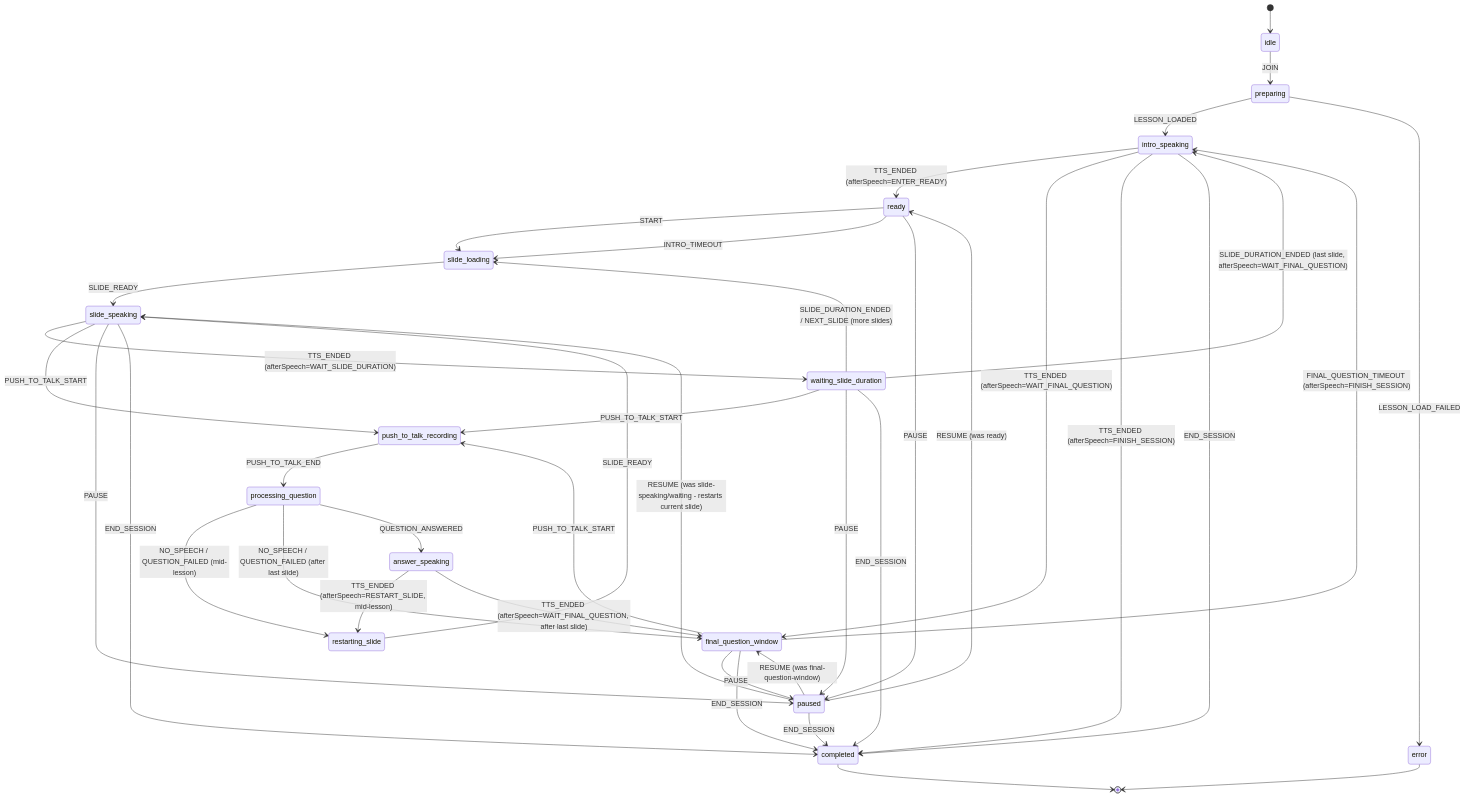
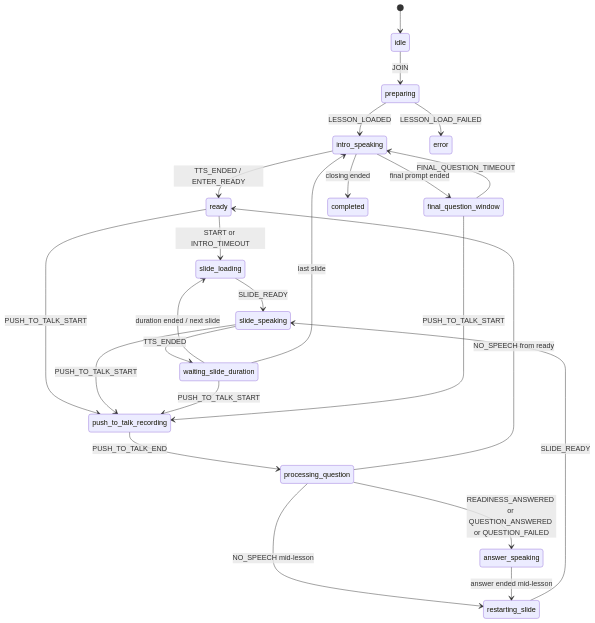
The diagram in frontend/docs/STATE_MACHINE.md (Sathaporn24/sb_supportroom), drawn with Mermaid before and after one commit. The commit also changed other lines of this file and 27 other files, not shown here.

````diff
--- a/frontend/docs/STATE_MACHINE.md
+++ b/frontend/docs/STATE_MACHINE.md
@@ -29,50 +13,30 @@
 ```mermaid
 stateDiagram-v2
     [*] --> idle
     idle --> preparing: JOIN
     preparing --> intro_speaking: LESSON_LOADED
     preparing --> error: LESSON_LOAD_FAILED
+    intro_speaking --> ready: TTS_ENDED / ENTER_READY
 
-    intro_speaking --> ready: TTS_ENDED (afterSpeech=ENTER_READY)
-    ready --> slide_loading: START
-    ready --> slide_loading: INTRO_TIMEOUT
+    ready --> slide_loading: START or INTRO_TIMEOUT
+    ready --> push_to_talk_recording: PUSH_TO_TALK_START
+    push_to_talk_recording --> processing_question: PUSH_TO_TALK_END
+    processing_question --> answer_speaking: READINESS_ANSWERED or QUESTION_ANSWERED or QUESTION_FAILED
+    processing_question --> ready: NO_SPEECH from ready
 
     slide_loading --> slide_speaking: SLIDE_READY
-    slide_speaking --> waiting_slide_duration: TTS_ENDED (afterSpeech=WAIT_SLIDE_DURATION)
-    waiting_slide_duration --> slide_loading: SLIDE_DURATION_ENDED / NEXT_SLIDE (more slides)
-    waiting_slide_duration --> intro_speaking: SLIDE_DURATION_ENDED (last slide, afterSpeech=WAIT_FINAL_QUESTION)
-
-    intro_speaking --> final_question_window: TTS_ENDED (afterSpeech=WAIT_FINAL_QUESTION)
-    final_question_window --> intro_speaking: FINAL_QUESTION_TIMEOUT (afterSpeech=FINISH_SESSION)
-    intro_speaking --> completed: TTS_ENDED (afterSpeech=FINISH_SESSION)
+    slide_speaking --> waiting_slide_duration: TTS_ENDED
+    waiting_slide_duration --> slide_loading: duration ended / next slide
+    waiting_slide_duration --> intro_speaking: last slide
 
     slide_speaking --> push_to_talk_recording: PUSH_TO_TALK_START
     waiting_slide_duration --> push_to_talk_recording: PUSH_TO_TALK_START
     final_question_window --> push_to_talk_recording: PUSH_TO_TALK_START
-
-    push_to_talk_recording --> processing_question: PUSH_TO_TALK_END
-    processing_question --> restarting_slide: NO_SPEECH / QUESTION_FAILED (mid-lesson)
-    processing_question --> final_question_window: NO_SPEECH / QUESTION_FAILED (after last slide)
-    processing_question --> answer_speaking: QUESTION_ANSWERED
-
-    answer_speaking --> restarting_slide: TTS_ENDED (afterSpeech=RESTART_SLIDE, mid-lesson)
-    answer_speaking --> final_question_window: TTS_ENDED (afterSpeech=WAIT_FINAL_QUESTION, after last slide)
+    processing_question --> restarting_slide: NO_SPEECH mid-lesson
+    answer_speaking --> restarting_slide: answer ended mid-lesson
     restarting_slide --> slide_speaking: SLIDE_READY
 
-    ready --> paused: PAUSE
-    slide_speaking --> paused: PAUSE
-    waiting_slide_duration --> paused: PAUSE
-    final_question_window --> paused: PAUSE
-    paused --> ready: RESUME (was ready)
-    paused --> slide_speaking: RESUME (was slide-speaking/waiting - restarts current slide)
-    paused --> final_question_window: RESUME (was final-question-window)
-
-    intro_speaking --> completed: END_SESSION
-    slide_speaking --> completed: END_SESSION
-    waiting_slide_duration --> completed: END_SESSION
-    final_question_window --> completed: END_SESSION
-    paused --> completed: END_SESSION
-
-    completed --> [*]
-    error --> [*]
+    intro_speaking --> final_question_window: final prompt ended
+    final_question_window --> intro_speaking: FINAL_QUESTION_TIMEOUT
+    intro_speaking --> completed: closing ended
 ```
````
